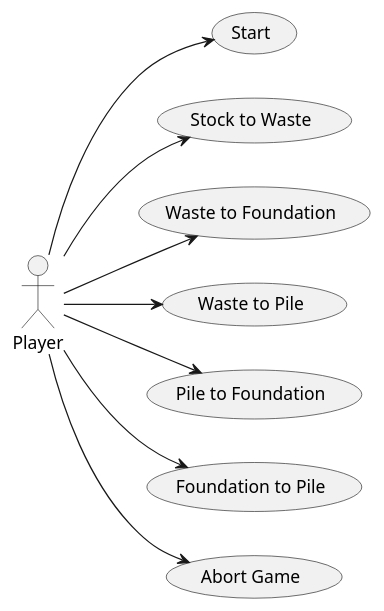
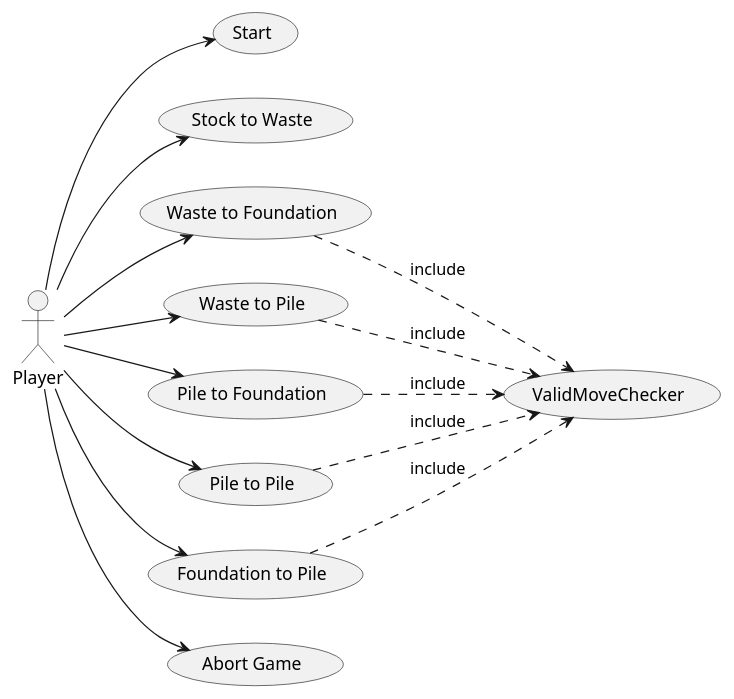
The diagram in useCaseView/usecases.puml (ciscoruiz/klondike), drawn with PlantUML before and after one commit. The commit also changed 6 other files, not shown here.

Commit message:
Define ValidMoveChecker use case

```diff
--- a/useCaseView/usecases.puml
+++ b/useCaseView/usecases.puml
@@ -1,20 +1,30 @@
 @startuml
 left to right direction
 
 usecase "Start" as UC0
 usecase "Stock to Waste" as UC1
 usecase "Waste to Foundation" as UC2
 usecase "Waste to Pile" as UC3
 usecase "Pile to Foundation" as UC4
 usecase "Pile to Pile" as UC5
-usecase "Foundation to Pile" as UC5
+usecase "Foundation to Pile" as UC6
 usecase "Abort Game" as UCN
+
+usecase "ValidMoveChecker" as MovementChecker
 
 Player --> UC0
 Player --> UC1
 Player --> UC2
 Player --> UC3
 Player --> UC4
 Player --> UC5
+Player --> UC6
 Player --> UCN
+
+UC2 -.> MovementChecker : include
+UC3 -.> MovementChecker : include
+UC4 -.> MovementChecker : include
+UC5 -.> MovementChecker : include
+UC6 -.> MovementChecker : include
+
 @enduml
```
